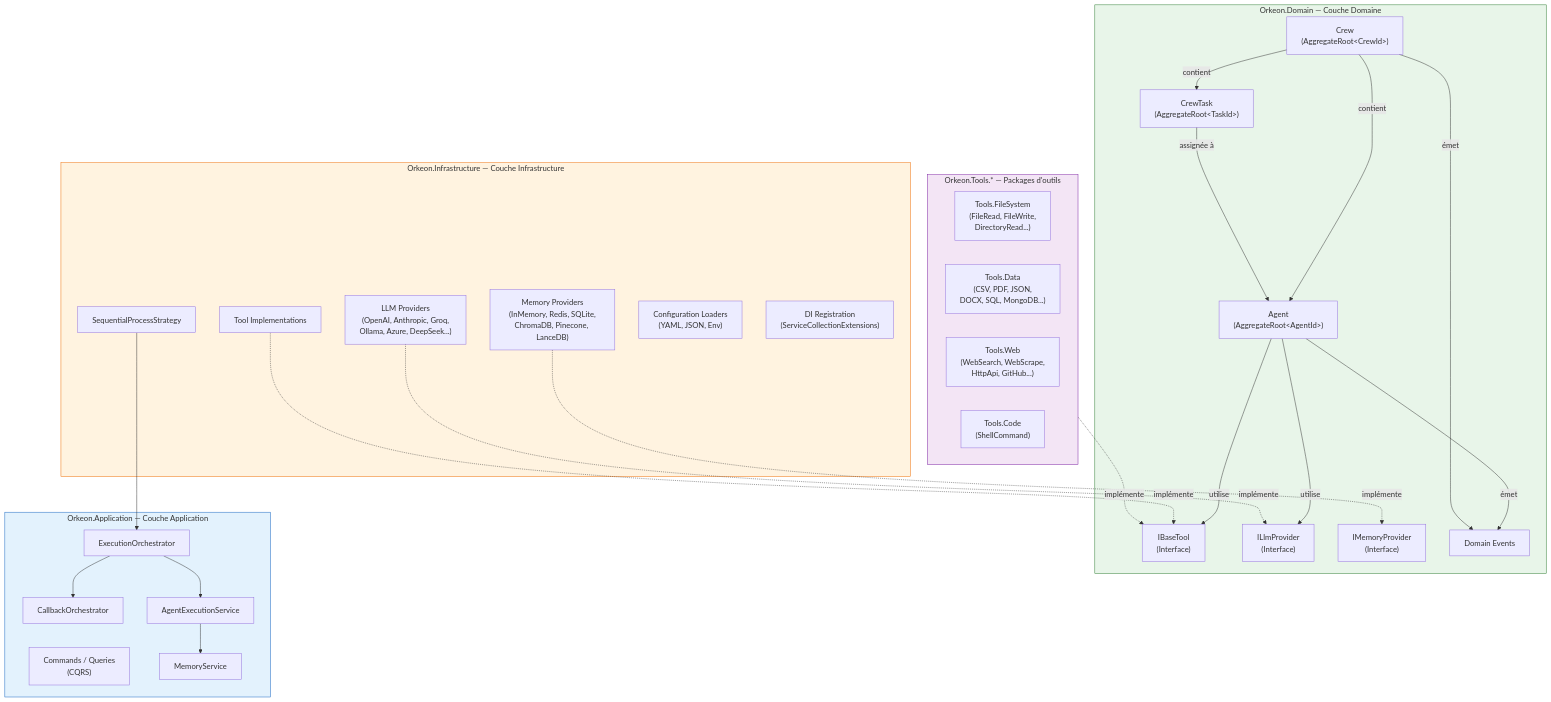
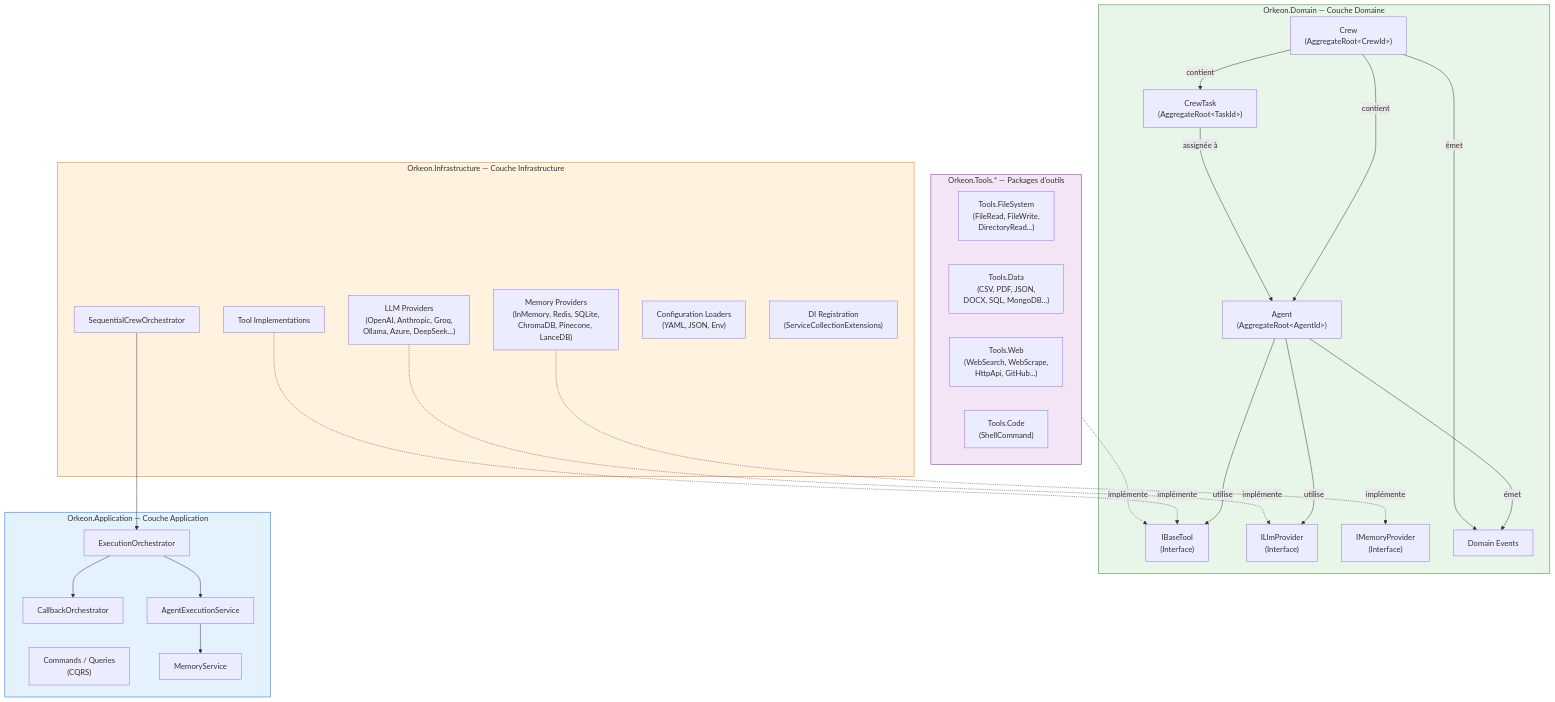
Before and after one commit to Orkeon/orkeon: the diagram in docs/fr/getting-started/overview.md, drawn with Mermaid. The commit also changed 45 other files, not shown here.

````diff
--- a/docs/fr/getting-started/overview.md
+++ b/docs/fr/getting-started/overview.md
@@ -15,60 +15,60 @@
 ```mermaid
 graph TB
     subgraph Domain["Orkeon.Domain — Couche Domaine"]
         Agent["Agent<br/>(AggregateRoot&lt;AgentId&gt;)"]
         CrewTask["CrewTask<br/>(AggregateRoot&lt;TaskId&gt;)"]
         Crew["Crew<br/>(AggregateRoot&lt;CrewId&gt;)"]
         ITool["IBaseTool<br/>(Interface)"]
         ILlm["ILlmProvider<br/>(Interface)"]
         IMem["IMemoryProvider<br/>(Interface)"]
         DomainEvents["Domain Events"]
 
         Crew -->|"contient"| Agent
         Crew -->|"contient"| CrewTask
         Agent -->|"utilise"| ITool
         Agent -->|"utilise"| ILlm
         CrewTask -->|"assignée à"| Agent
         Agent -->|"émet"| DomainEvents
         Crew -->|"émet"| DomainEvents
     end
 
     subgraph Application["Orkeon.Application — Couche Application"]
         Orchestrator["ExecutionOrchestrator"]
         CQRS["Commands / Queries<br/>(CQRS)"]
         CallbackOrch["CallbackOrchestrator"]
         MemService["MemoryService"]
         AgentExec["AgentExecutionService"]
 
         Orchestrator --> AgentExec
         Orchestrator --> CallbackOrch
         AgentExec --> MemService
     end
 
     subgraph Infrastructure["Orkeon.Infrastructure — Couche Infrastructure"]
-        SeqOrch["SequentialProcessStrategy"]
+        SeqOrch["SequentialCrewOrchestrator"]
         LlmProviders["LLM Providers<br/>(OpenAI, Anthropic, Groq,<br/>Ollama, Azure, DeepSeek...)"]
         MemProviders["Memory Providers<br/>(InMemory, Redis, SQLite,<br/>ChromaDB, Pinecone, LanceDB)"]
         ToolImpl["Tool Implementations"]
         Config["Configuration Loaders<br/>(YAML, JSON, Env)"]
         DI["DI Registration<br/>(ServiceCollectionExtensions)"]
 
         SeqOrch --> Orchestrator
         LlmProviders -.->|"implémente"| ILlm
         MemProviders -.->|"implémente"| IMem
         ToolImpl -.->|"implémente"| ITool
     end
 
     subgraph Tools["Orkeon.Tools.* — Packages d'outils"]
         ToolsFS["Tools.FileSystem<br/>(FileRead, FileWrite,<br/>DirectoryRead...)"]
         ToolsData["Tools.Data<br/>(CSV, PDF, JSON,<br/>DOCX, SQL, MongoDB...)"]
         ToolsWeb["Tools.Web<br/>(WebSearch, WebScrape,<br/>HttpApi, GitHub...)"]
         ToolsCode["Tools.Code<br/>(ShellCommand)"]
     end
 
     Tools -.->|"implémente"| ITool
 
     style Domain fill:#e8f5e9,stroke:#2e7d32
     style Application fill:#e3f2fd,stroke:#1565c0
     style Infrastructure fill:#fff3e0,stroke:#ef6c00
     style Tools fill:#f3e5f5,stroke:#7b1fa2
 ```
````
